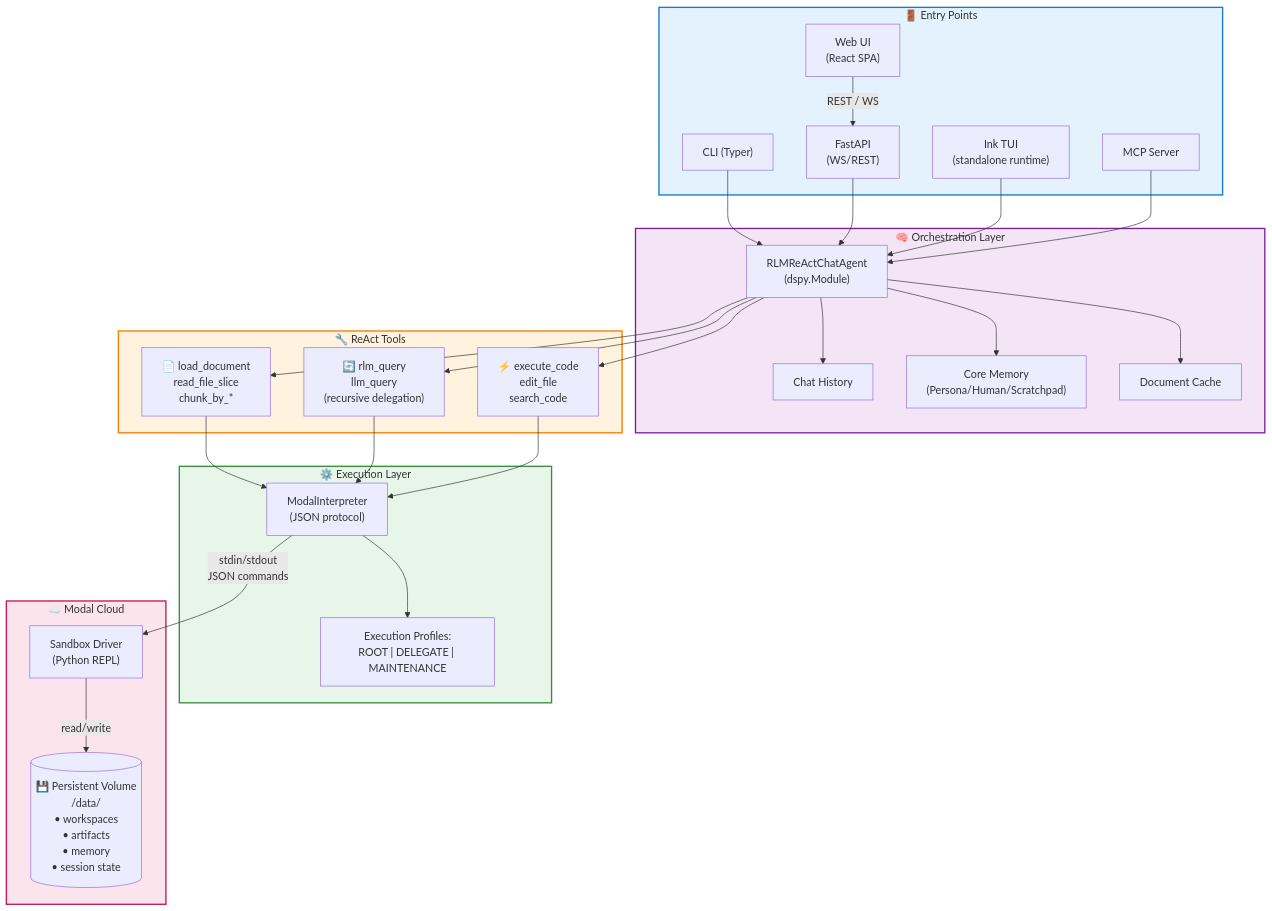
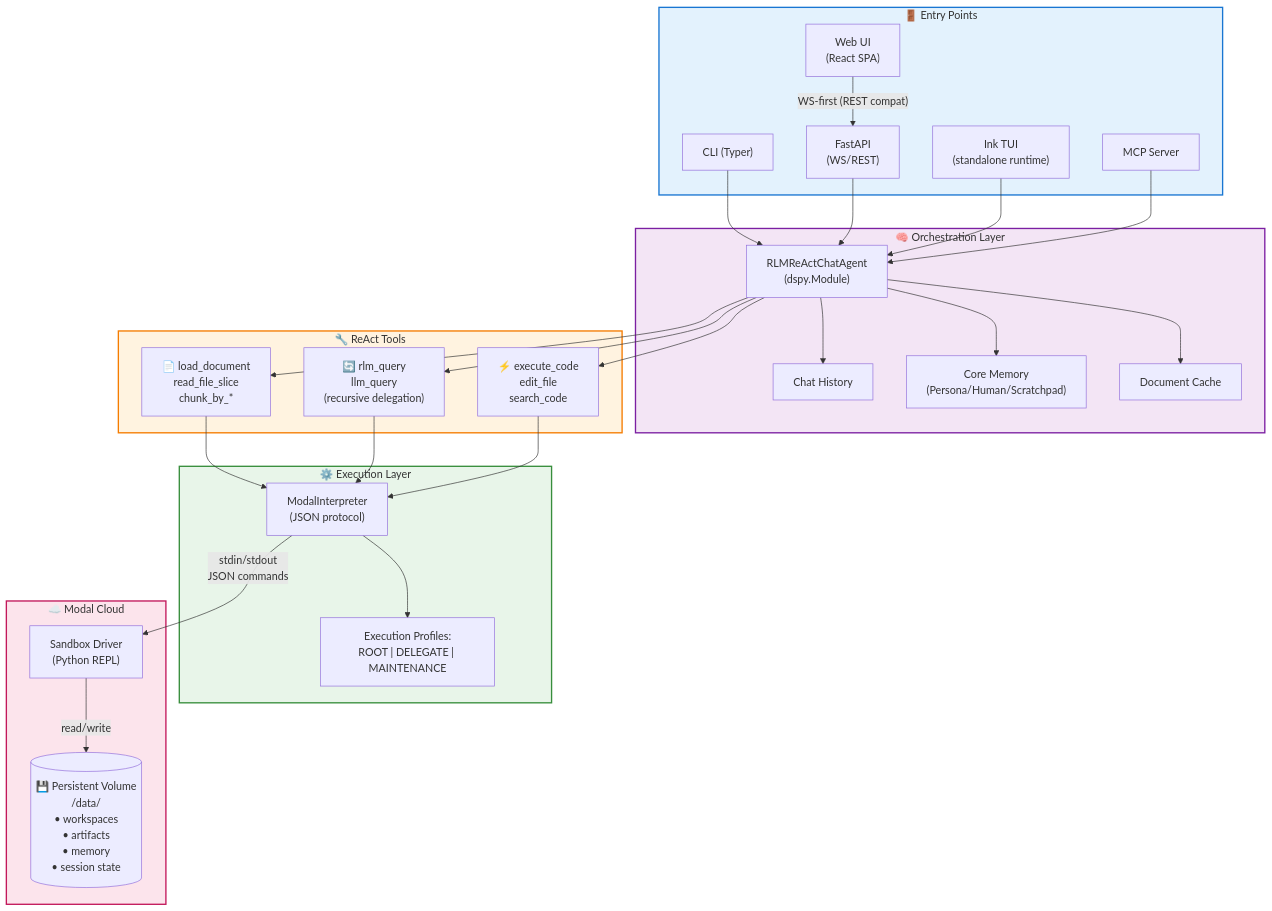
The diagram in README.md (Qredence/fleet-rlm), drawn with Mermaid before and after one commit. The commit also changed other lines of this file and 39 other files, not shown here.

First line of the commit message:
feat: graph insight upgrades and WS-first chat deprecation (#89)

````diff
--- a/README.md
+++ b/README.md
@@ -105,61 +106,61 @@
 ```mermaid
 graph TB
     subgraph entry ["🚪 Entry Points"]
         CLI["CLI (Typer)"]
         WebUI["Web UI<br/>(React SPA)"]
         API["FastAPI<br/>(WS/REST)"]
         TUI["Ink TUI<br/>(standalone runtime)"]
         MCP["MCP Server"]
     end
 
     subgraph orchestration ["🧠 Orchestration Layer"]
         Agent["RLMReActChatAgent<br/>(dspy.Module)"]
         History["Chat History"]
         Memory["Core Memory<br/>(Persona/Human/Scratchpad)"]
         DocCache["Document Cache"]
     end
 
     subgraph tools ["🔧 ReAct Tools"]
         DocTools["📄 load_document<br/>read_file_slice<br/>chunk_by_*"]
         RecursiveTools["🔄 rlm_query<br/>llm_query<br/>(recursive delegation)"]
         ExecTools["⚡ execute_code<br/>edit_file<br/>search_code"]
     end
 
     subgraph execution ["⚙️ Execution Layer"]
         Interpreter["ModalInterpreter<br/>(JSON protocol)"]
         Profiles["Execution Profiles:<br/>ROOT | DELEGATE | MAINTENANCE"]
     end
 
     subgraph cloud ["☁️ Modal Cloud"]
         Sandbox["Sandbox Driver<br/>(Python REPL)"]
         Volume[("💾 Persistent Volume<br/>/data/<br/>• workspaces<br/>• artifacts<br/>• memory<br/>• session state")]
     end
 
-    WebUI -->|"REST / WS"| API
+    WebUI -->|"WS-first (REST compat)"| API
     CLI --> Agent
     API --> Agent
     TUI --> Agent
     MCP --> Agent
 
     Agent --> History
     Agent --> Memory
     Agent --> DocCache
 
     Agent --> DocTools
     Agent --> RecursiveTools
     Agent --> ExecTools
 
     DocTools --> Interpreter
     RecursiveTools --> Interpreter
     ExecTools --> Interpreter
 
     Interpreter --> Profiles
     Interpreter -->|"stdin/stdout<br/>JSON commands"| Sandbox
     Sandbox -->|"read/write"| Volume
 
     style entry fill:#e3f2fd,stroke:#1976d2,stroke-width:2px
     style orchestration fill:#f3e5f5,stroke:#7b1fa2,stroke-width:2px
     style tools fill:#fff3e0,stroke:#f57c00,stroke-width:2px
     style execution fill:#e8f5e9,stroke:#388e3c,stroke-width:2px
     style cloud fill:#fce4ec,stroke:#c2185b,stroke-width:2px
 ```
````
